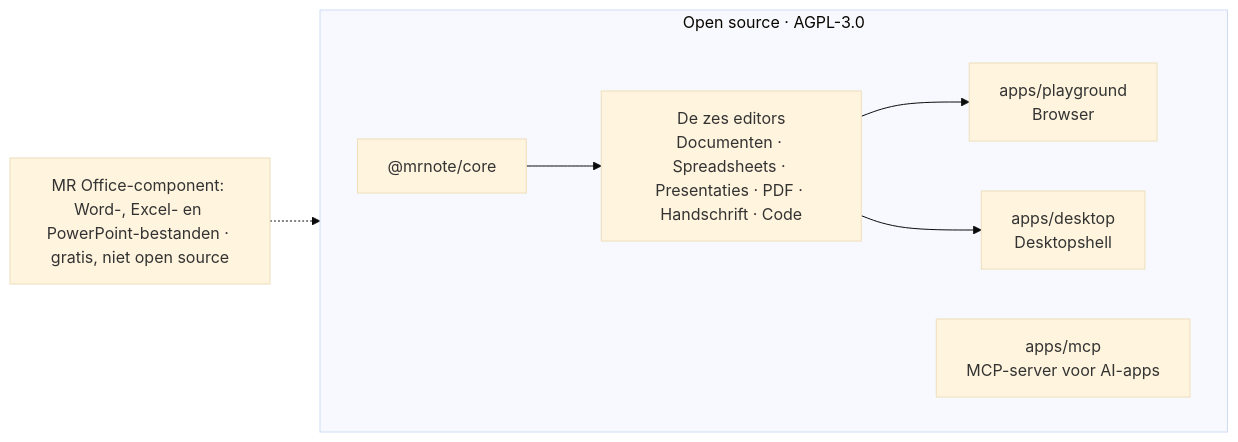
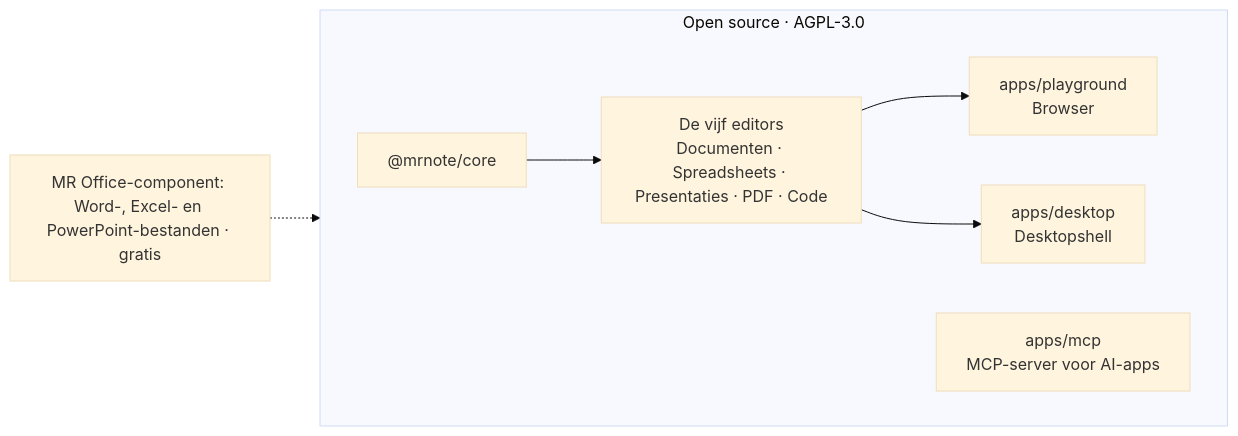
The diagram in i18n/README.nl.md (WhaleChao/MROffice), drawn with Mermaid (base theme) before and after one commit. The commit also changed other lines of this file and 621 other files, not shown here.

````diff
--- a/i18n/README.nl.md
+++ b/i18n/README.nl.md
@@ -130,11 +128,11 @@
 ```mermaid
 flowchart LR
   subgraph OSS["Open source · AGPL-3.0"]
     direction LR
-    core["@mrnote/core"] --> E["De zes editors<br/>Documenten · Spreadsheets · Presentaties · PDF · Handschrift · Code"]
+    core["@mrnote/core"] --> E["De vijf editors<br/>Documenten · Spreadsheets · Presentaties · PDF · Code"]
     E --> PG["apps/playground<br/>Browser"]
     E --> DS["apps/desktop<br/>Desktopshell"]
     MCP["apps/mcp<br/>MCP-server voor AI-apps"]
   end
-  COMP["MR Office-component: Word-, Excel- en PowerPoint-bestanden · gratis, niet open source"] -.-> DS
+  COMP["MR Office-component: Word-, Excel- en PowerPoint-bestanden · gratis"] -.-> DS
 ```
````
